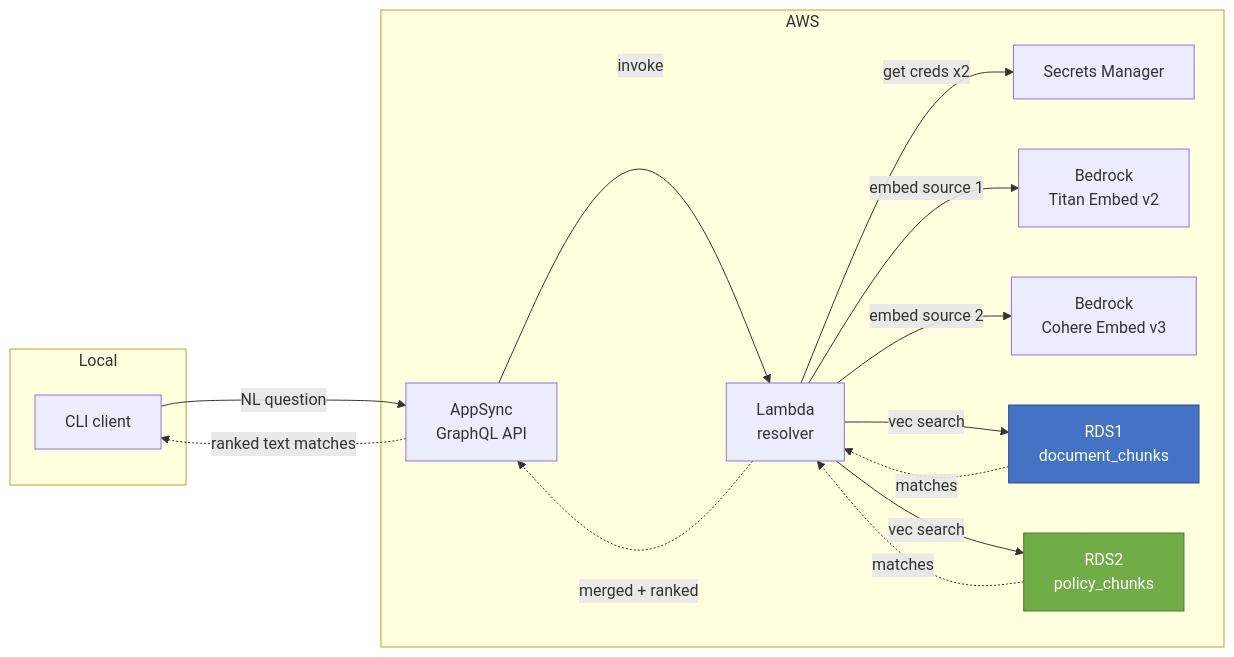
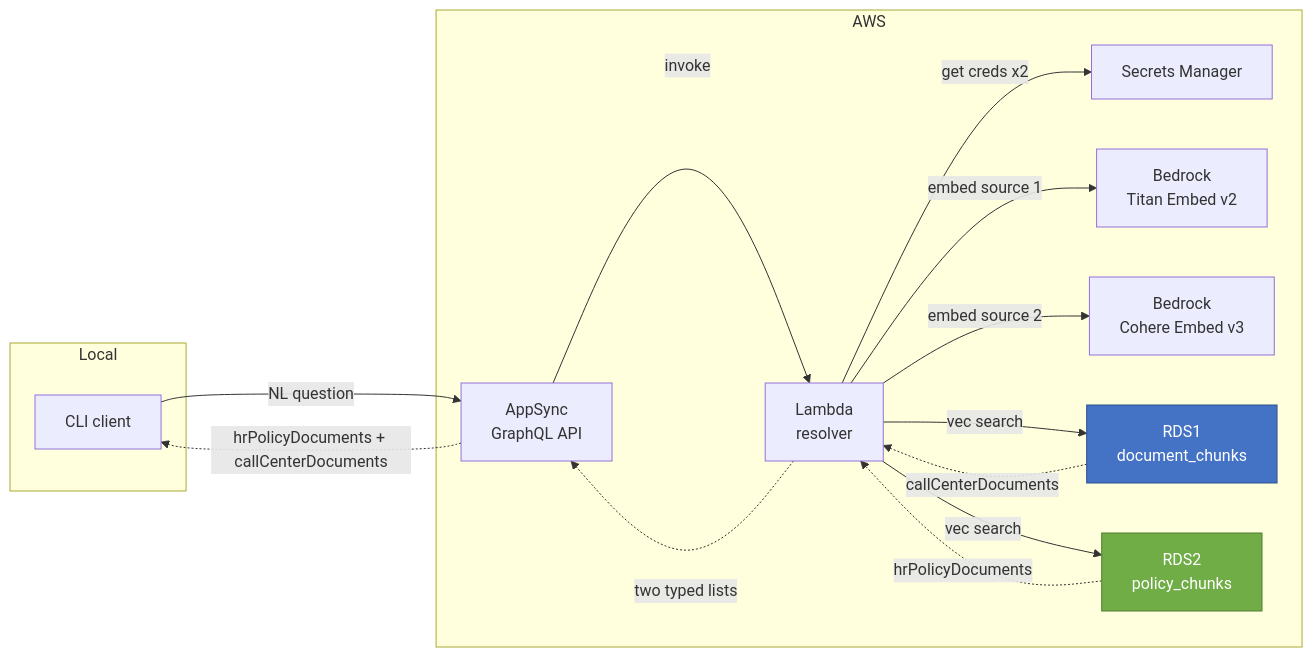
One commit to pwang-hydrafacial/fm-appsync-embedding-retrieval-poc changed the diagram in docs/architecture.md. Above: the diagram before and after it, drawn with Mermaid. The commit also changed other lines of this file and 10 other files, not shown here.

First line of the commit message:
Implement Venkat's GQL schema: typed result lists per source

````diff
--- a/docs/architecture.md
+++ b/docs/architecture.md
@@ -13,32 +13,32 @@
 ```mermaid
 flowchart LR
     subgraph local["Local"]
         CLI["CLI client"]
     end
 
     subgraph cloud["AWS"]
         AppSync["AppSync\nGraphQL API"]
         Lambda["Lambda\nresolver"]
         SM["Secrets Manager"]
         Titan["Bedrock\nTitan Embed v2"]
         Cohere["Bedrock\nCohere Embed v3"]
         RDS1["RDS1\ndocument_chunks"]
         RDS2["RDS2\npolicy_chunks"]
     end
 
     CLI -->|NL question| AppSync
     AppSync -->|invoke| Lambda
     Lambda -->|get creds x2| SM
     Lambda -->|embed source 1| Titan
     Lambda -->|embed source 2| Cohere
     Lambda -->|vec search| RDS1
     Lambda -->|vec search| RDS2
 
-    RDS1 -.->|matches| Lambda
-    RDS2 -.->|matches| Lambda
-    Lambda -.->|merged + ranked| AppSync
-    AppSync -.->|ranked text matches| CLI
+    RDS1 -.->|callCenterDocuments| Lambda
+    RDS2 -.->|hrPolicyDocuments| Lambda
+    Lambda -.->|two typed lists| AppSync
+    AppSync -.->|hrPolicyDocuments + callCenterDocuments| CLI
 
     style RDS1 fill:#4472C4,stroke:#2E5090,color:#fff
     style RDS2 fill:#70AD47,stroke:#4E7C30,color:#fff
 ```
````
